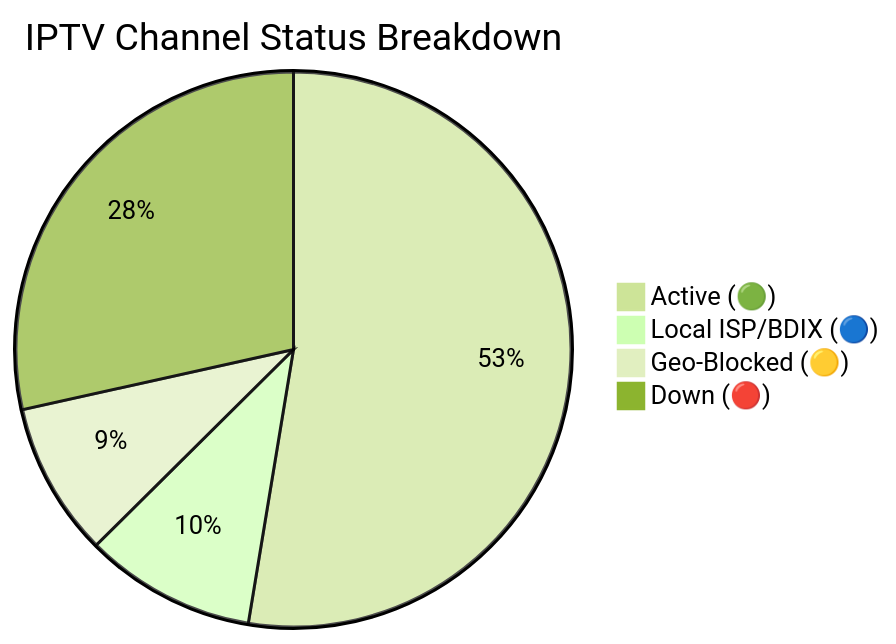
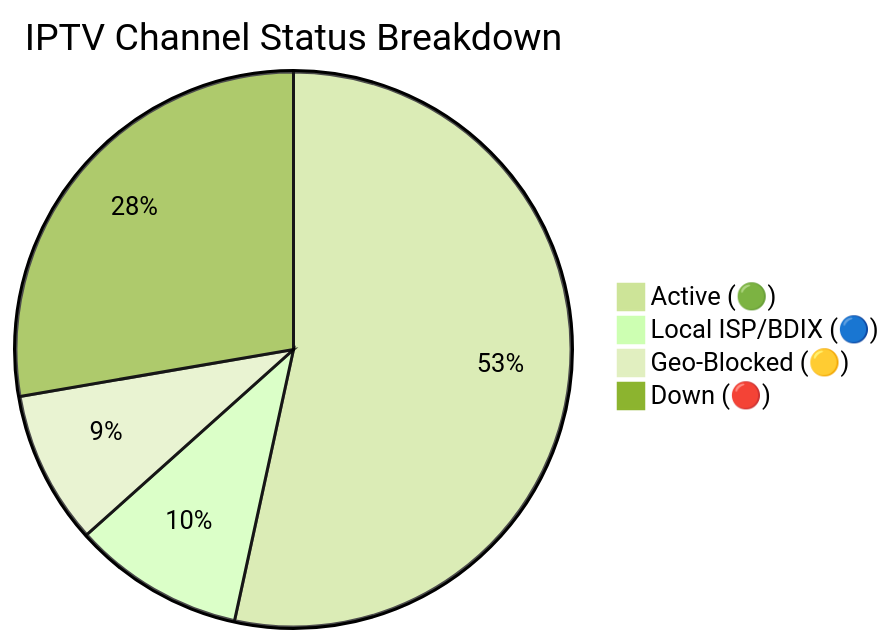
The diagram in README.md (f6388600-ai/Web), drawn with Mermaid (forest theme) before and after one commit. The commit also changed other lines of this file and 6 other files, not shown here.

````diff
--- a/README.md
+++ b/README.md
@@ -149,7 +149,7 @@
 ```mermaid
 pie title IPTV Channel Status Breakdown
-    "Active (🟢)" : 9069
-    "Local ISP/BDIX (🔵)" : 1717
-    "Geo-Blocked (🟡)" : 1545
-    "Down (🔴)" : 4909
+    "Active (🟢)" : 9209
+    "Local ISP/BDIX (🔵)" : 1718
+    "Geo-Blocked (🟡)" : 1539
+    "Down (🔴)" : 4777
 ```
````
